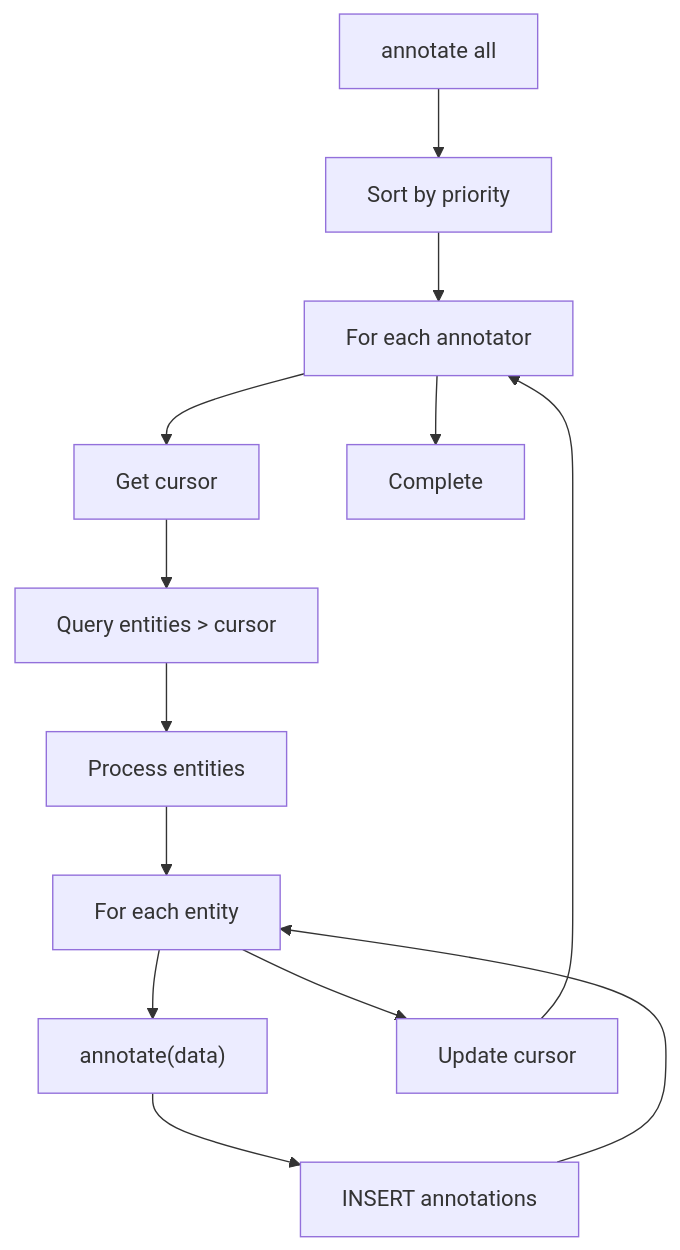
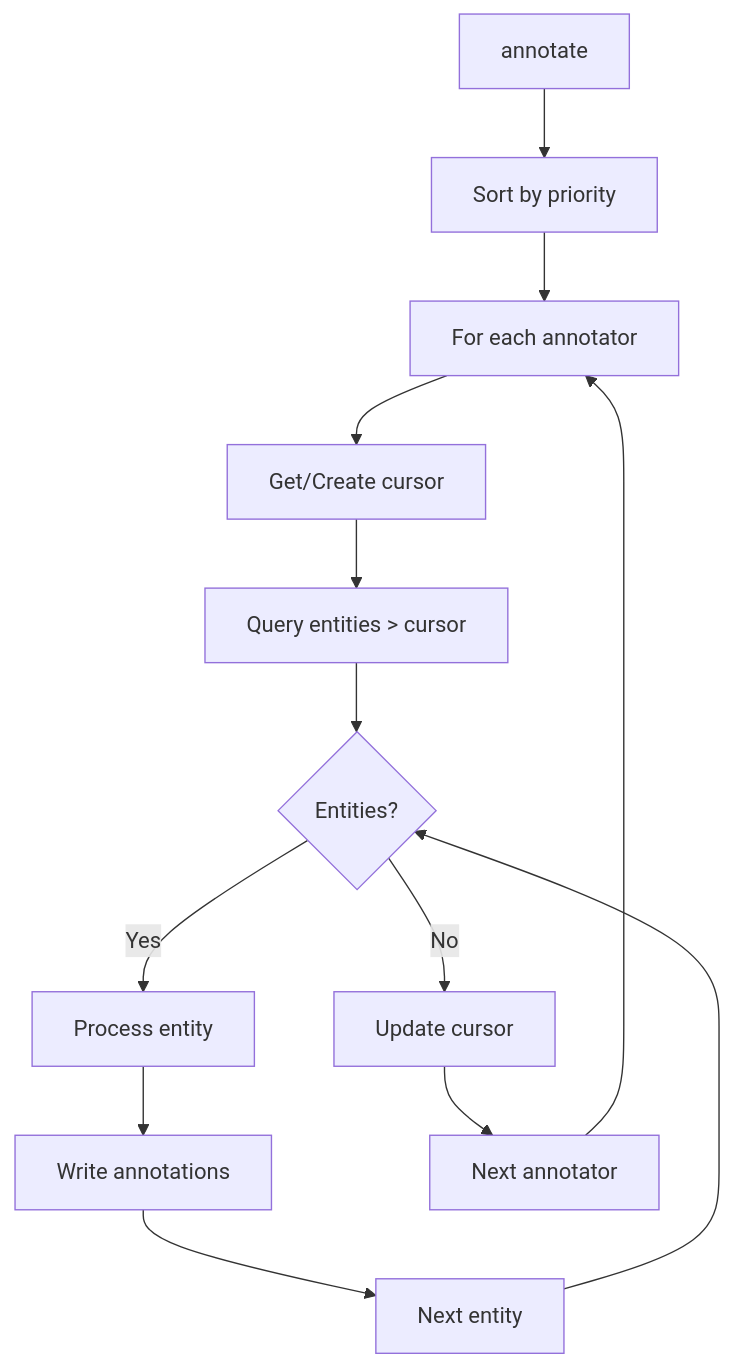
One commit to dmarx/chat2obs changed the third of 3 diagrams in docs/cli.md. Above: the diagram before and after it, drawn with Mermaid. The commit also changed other lines of this file and 7 other files, not shown here.

````diff
--- a/docs/cli.md
+++ b/docs/cli.md
@@ -209,19 +203,18 @@
 ```mermaid
 flowchart TD
-    Annotate["annotate all"] --> Sort["Sort by priority"]
+    Annotate["annotate"] --> Sort["Sort by priority"]
     Sort --> Loop["For each annotator"]
     
-    Loop --> GetCursor["Get cursor"]
+    Loop --> GetCursor["Get/Create cursor"]
     GetCursor --> Query["Query entities > cursor"]
-    Query --> Process["Process entities"]
     
-    Process --> AnnotateLoop["For each entity"]
-    AnnotateLoop --> Call["annotate(data)"]
-    Call --> Insert["INSERT annotations"]
-    Insert --> AnnotateLoop
+    Query --> HasEntities{"Entities?"}
+    HasEntities -->|Yes| Process["Process entity"]
+    Process --> Write["Write annotations"]
+    Write --> Next["Next entity"]
+    Next --> HasEntities
     
-    AnnotateLoop --> UpdateCursor["Update cursor"]
-    UpdateCursor --> Loop
-    
-    Loop --> Done["Complete"]
+    HasEntities -->|No| UpdateCursor["Update cursor"]
+    UpdateCursor --> NextAnnotator["Next annotator"]
+    NextAnnotator --> Loop
 ```
````
